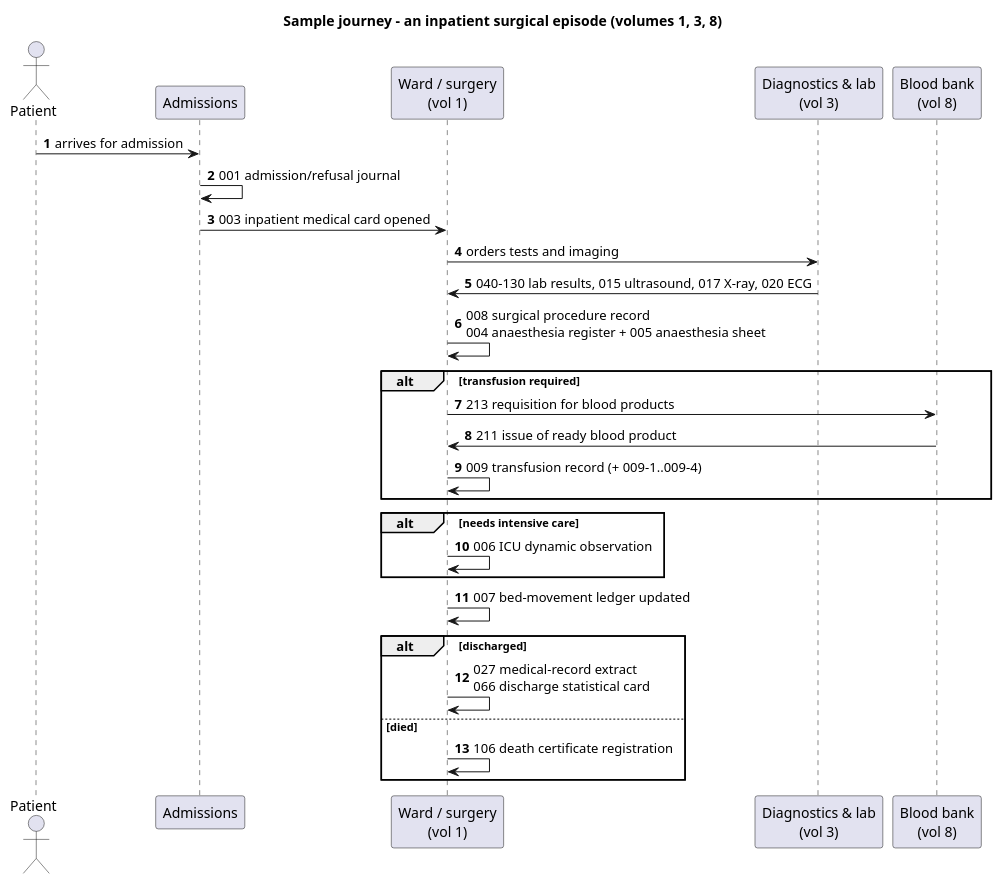
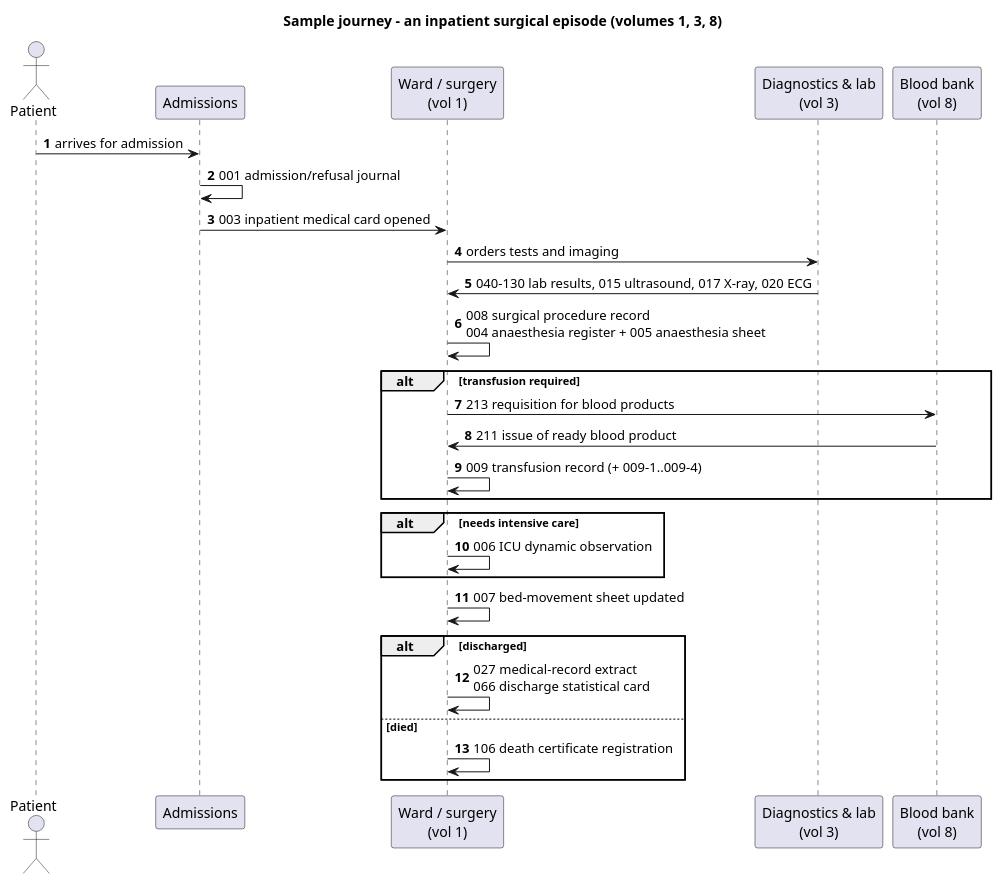
The diagram in input/images-source/forms-journey-inpatient.plantuml (uzinfocom-org/digital-health-integration), drawn with PlantUML before and after one commit. The commit also changed 17 other files, not shown here.

First line of the commit message:
Fix diagram/table facts against Order 399 templates and YORIQNOMA

```diff
--- a/input/images-source/forms-journey-inpatient.plantuml
+++ b/input/images-source/forms-journey-inpatient.plantuml
@@ -1,34 +1,34 @@
 @startuml forms-journey-inpatient
 title Sample journey - an inpatient surgical episode (volumes 1, 3, 8)
 autonumber
 
 actor Patient as P
 participant "Admissions" as ADM
 participant "Ward / surgery\n(vol 1)" as WARD
 participant "Diagnostics & lab\n(vol 3)" as DX
 participant "Blood bank\n(vol 8)" as BB
 
 P -> ADM : arrives for admission
 ADM -> ADM : 001 admission/refusal journal
 ADM -> WARD : 003 inpatient medical card opened
 WARD -> DX : orders tests and imaging
 DX -> WARD : 040-130 lab results, 015 ultrasound, 017 X-ray, 020 ECG
 WARD -> WARD : 008 surgical procedure record\n004 anaesthesia register + 005 anaesthesia sheet
 
 alt transfusion required
   WARD -> BB : 213 requisition for blood products
   BB -> WARD : 211 issue of ready blood product
   WARD -> WARD : 009 transfusion record (+ 009-1..009-4)
 end
 
 alt needs intensive care
   WARD -> WARD : 006 ICU dynamic observation
 end
 
-WARD -> WARD : 007 bed-movement ledger updated
+WARD -> WARD : 007 bed-movement sheet updated
 alt discharged
   WARD -> WARD : 027 medical-record extract\n066 discharge statistical card
 else died
   WARD -> WARD : 106 death certificate registration
 end
 @enduml
```
